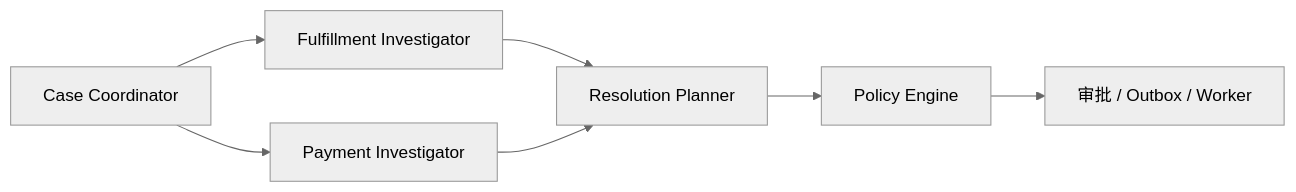
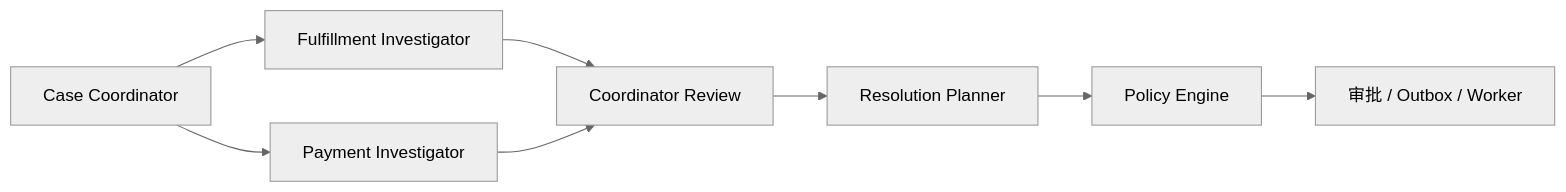
One commit to fishcakezzz/resolve changed the diagram in docs/AGENT_ARCHITECTURE.md. Above: the diagram before and after it, drawn with Mermaid (neutral theme). The commit also changed other lines of this file and 18 other files, not shown here.

````diff
--- a/docs/AGENT_ARCHITECTURE.md
+++ b/docs/AGENT_ARCHITECTURE.md
@@ -5,9 +5,10 @@
 ```mermaid
 flowchart LR
     A[Case Coordinator] --> B[Fulfillment Investigator]
     A --> C[Payment Investigator]
-    B --> D[Resolution Planner]
-    C --> D
+    B --> R[Coordinator Review]
+    C --> R
+    R --> D[Resolution Planner]
     D --> E[Policy Engine]
     E --> F[审批 / Outbox / Worker]
 ```
````
